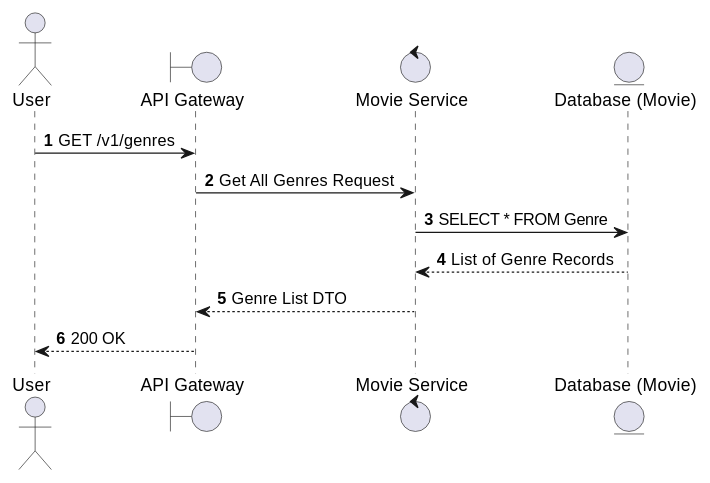
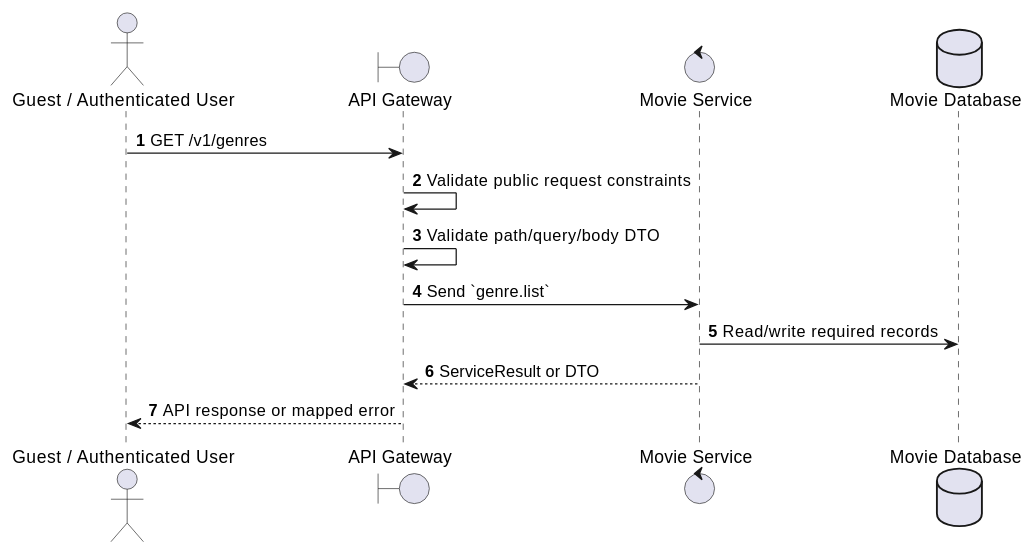
Before and after one commit to Tanh1603/movie-hub-architecture: the first of 2 diagrams in docs/functional_specs/3.3.3_Genre_Management/GM-01_List_All_Genres.md, drawn with PlantUML. The commit also changed other lines of this file and 126 other files, not shown here.

````diff
--- a/docs/functional_specs/3.3.3_Genre_Management/GM-01_List_All_Genres.md
+++ b/docs/functional_specs/3.3.3_Genre_Management/GM-01_List_All_Genres.md
@@ -17,16 +17,17 @@
 ```plantuml
 @startuml
 autonumber
-actor User
+actor "Guest / Authenticated User" as Actor
 boundary "API Gateway" as GW
-control "Movie Service" as MS
-entity "Database (Movie)" as DB
+control "Movie Service" as SVC
+database "Movie Database" as DB
 
-User -> GW: GET /v1/genres
-GW -> MS: Get All Genres Request
-MS -> DB: SELECT * FROM Genre
-DB --> MS: List of Genre Records
-MS --> GW: Genre List DTO
-GW --> User: 200 OK
+Actor -> GW: GET /v1/genres
+GW -> GW: Validate public request constraints
+GW -> GW: Validate path/query/body DTO
+GW -> SVC: Send `genre.list`
+SVC -> DB: Read/write required records
+SVC --> GW: ServiceResult or DTO
+GW --> Actor: API response or mapped error
 @enduml
 ```
````
